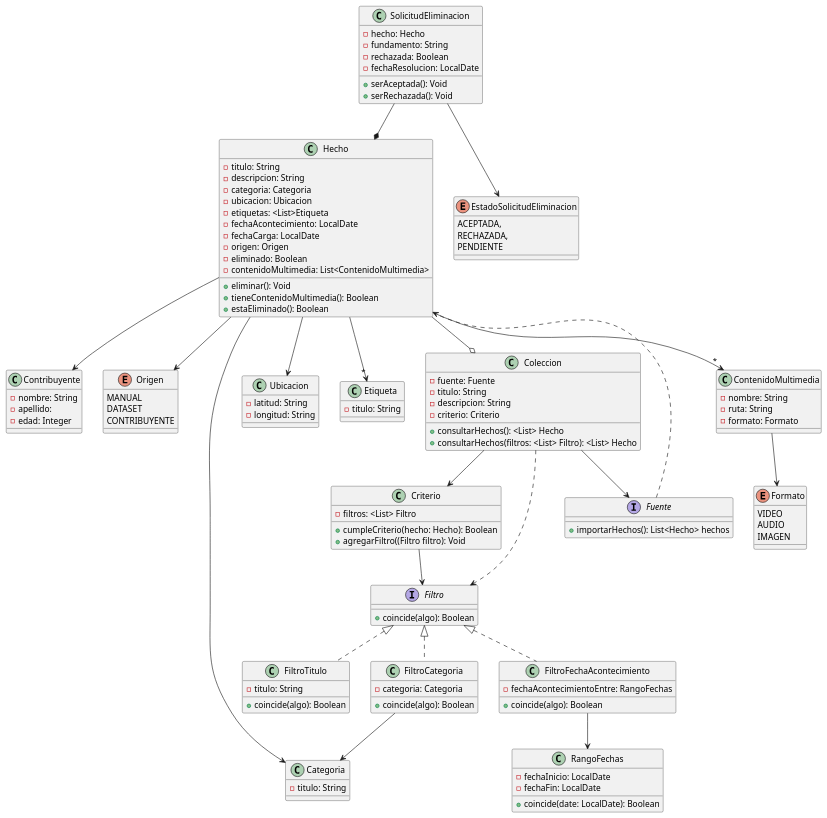
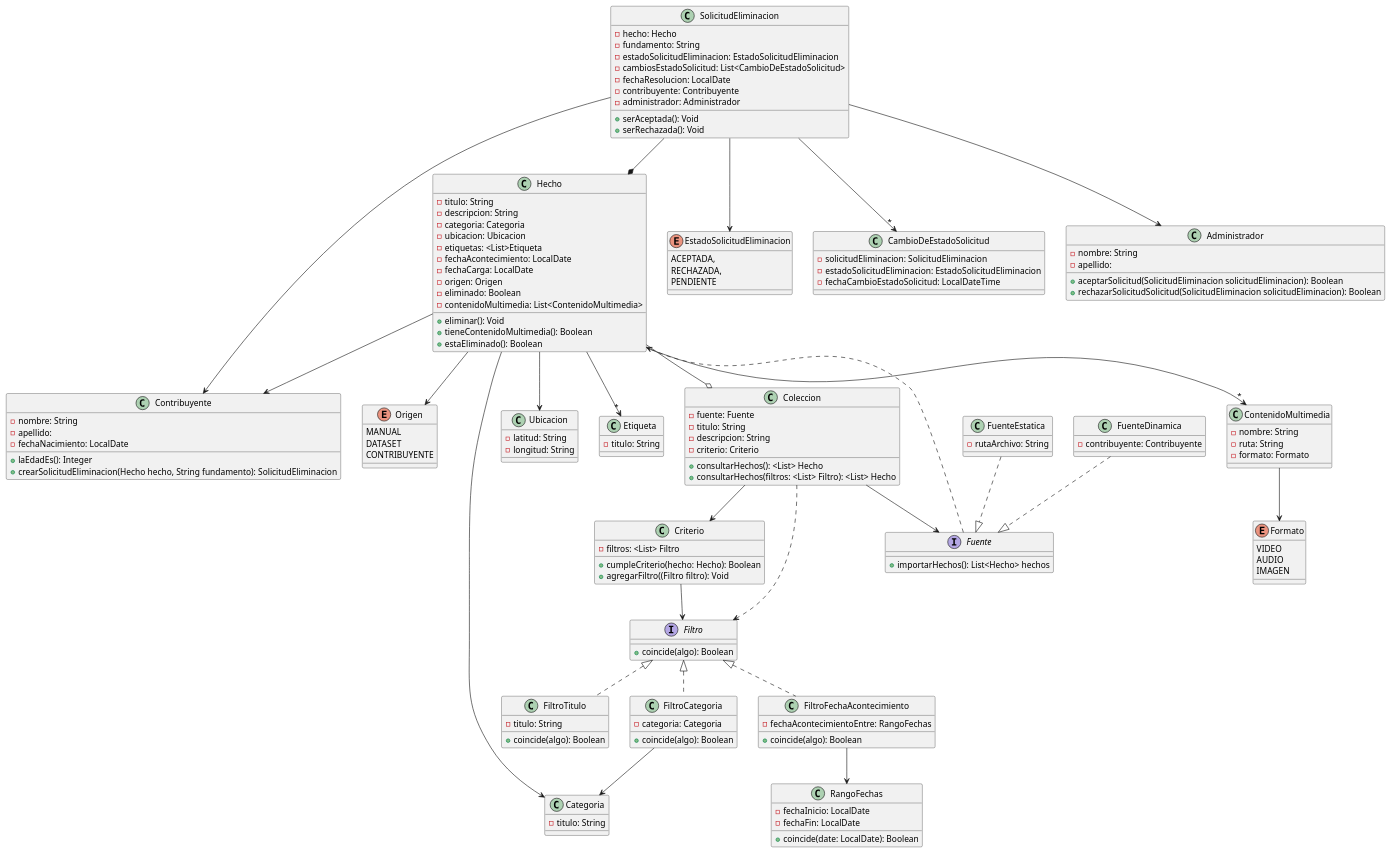
One commit to BrunoRodriguezzz/tp-dsi changed the diagram in DiagramaDeClases-1°Entrega.puml. Above: the diagram before and after it, drawn with PlantUML. The commit also changed 8 other files, not shown here.

```diff
--- a/DiagramaDeClases-1°Entrega.puml
+++ b/DiagramaDeClases-1°Entrega.puml
@@ -1,152 +1,184 @@
     @startuml
 'Hecho
 Hecho --> Contribuyente
 Hecho --> Origen
 Hecho --> Categoria
 Hecho --> Ubicacion
 Hecho -->"*" Etiqueta
 Hecho --o Coleccion
 Hecho -->"*" ContenidoMultimedia
 
 'Solicitudes de Eliminacion
 SolicitudEliminacion --* Hecho
 SolicitudEliminacion --> EstadoSolicitudEliminacion
+SolicitudEliminacion -->"*" CambioDeEstadoSolicitud
+SolicitudEliminacion --> Contribuyente
+SolicitudEliminacion --> Administrador
 
 'Colecciones
 Coleccion --> Criterio
 Coleccion ..> Filtro
 
 'Fuente
 Coleccion --> Fuente
 Fuente ..> Hecho
+FuenteEstatica ..|> Fuente
+FuenteDinamica ..|> Fuente
 
 'Criterio
 Criterio --> Filtro
 
 'ElementoCriterio
 Filtro <|.. FiltroTitulo
 Filtro <|.. FiltroCategoria
 Filtro <|.. FiltroFechaAcontecimiento
 
 'Estrategias
 FiltroCategoria --> Categoria
 FiltroFechaAcontecimiento --> RangoFechas
 
 'Contenido Multimedia
 ContenidoMultimedia --> Formato
 
+
 class Contribuyente {
     -nombre: String
     -apellido:
-    -edad: Integer
+    -fechaNacimiento: LocalDate
+    +laEdadEs(): Integer
+    +crearSolicitudEliminacion(Hecho hecho, String fundamento): SolicitudEliminacion
+}
+
+class Administrador {
+    -nombre: String
+    -apellido:
+    +aceptarSolicitud(SolicitudEliminacion solicitudEliminacion): Boolean
+    +rechazarSolicitudSolicitud(SolicitudEliminacion solicitudEliminacion): Boolean
 }
 
 enum EstadoSolicitudEliminacion {
     ACEPTADA,
     RECHAZADA,
     PENDIENTE
+}
+
+class CambioDeEstadoSolicitud {
+    -solicitudEliminacion: SolicitudEliminacion
+    -estadoSolicitudEliminacion: EstadoSolicitudEliminacion
+    -fechaCambioEstadoSolicitud: LocalDateTime
 }
 
 class ContenidoMultimedia {
     -nombre: String
     -ruta: String
     -formato: Formato
 }
 
 enum Formato {
     VIDEO
     AUDIO
     IMAGEN
 }
 
 class Hecho {
     -titulo: String
     -descripcion: String
     -categoria: Categoria
     -ubicacion: Ubicacion
     -etiquetas: <List>Etiqueta
     -fechaAcontecimiento: LocalDate
     -fechaCarga: LocalDate
     -origen: Origen
     -eliminado: Boolean
     -contenidoMultimedia: List<ContenidoMultimedia>
     +eliminar(): Void
     +tieneContenidoMultimedia(): Boolean
     +estaEliminado(): Boolean
 }
 
 interface Fuente {
     +importarHechos(): List<Hecho> hechos
 }
 
+class FuenteEstatica {
+    -rutaArchivo: String
+}
+
+class FuenteDinamica {
+    -contribuyente: Contribuyente
+}
+
 class Etiqueta {
     -titulo: String
 }
 
 enum Origen {
     MANUAL
     DATASET
     CONTRIBUYENTE
 }
 
 class Categoria {
     -titulo: String
 }
 
 class Ubicacion {
     -latitud: String
     -longitud: String
 }
 
 class SolicitudEliminacion {
     -hecho: Hecho
     -fundamento: String
-    -rechazada: Boolean
+    -estadoSolicitudEliminacion: EstadoSolicitudEliminacion
+    -cambiosEstadoSolicitud: List<CambioDeEstadoSolicitud>
     -fechaResolucion: LocalDate
+    -contribuyente: Contribuyente
+    -administrador: Administrador
     +serAceptada(): Void
     +serRechazada(): Void
 }
 
 class Coleccion {
     -fuente: Fuente
     -titulo: String
     -descripcion: String
     -criterio: Criterio
     'Solo para representar overload
     +consultarHechos(): <List> Hecho
     +consultarHechos(filtros: <List> Filtro): <List> Hecho
 }
 
 class Criterio{
     -filtros: <List> Filtro
 
     +cumpleCriterio(hecho: Hecho): Boolean
     +agregarFiltro((Filtro filtro): Void
 }
 
 class RangoFechas {
     -fechaInicio: LocalDate
     -fechaFin: LocalDate
     +coincide(date: LocalDate): Boolean
 }
 
 interface Filtro{
     +coincide(algo): Boolean
 }
 
 class FiltroTitulo{
     -titulo: String
     +coincide(algo): Boolean
 }
 
 class FiltroFechaAcontecimiento{
     -fechaAcontecimientoEntre: RangoFechas
     +coincide(algo): Boolean
 }
 
 class FiltroCategoria{
     -categoria: Categoria
     +coincide(algo): Boolean
 }
 
 @enduml
```
